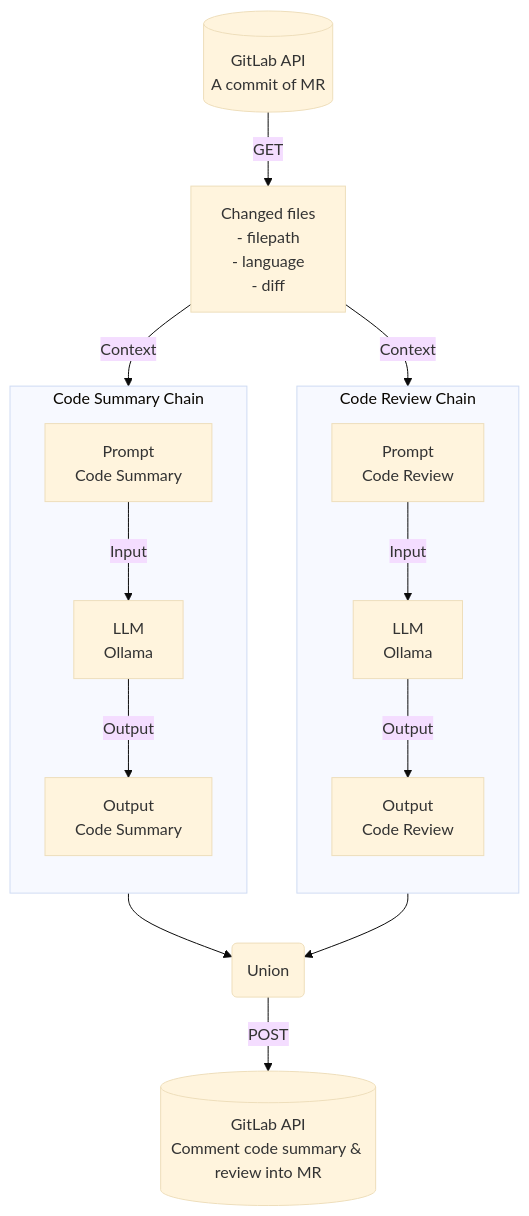
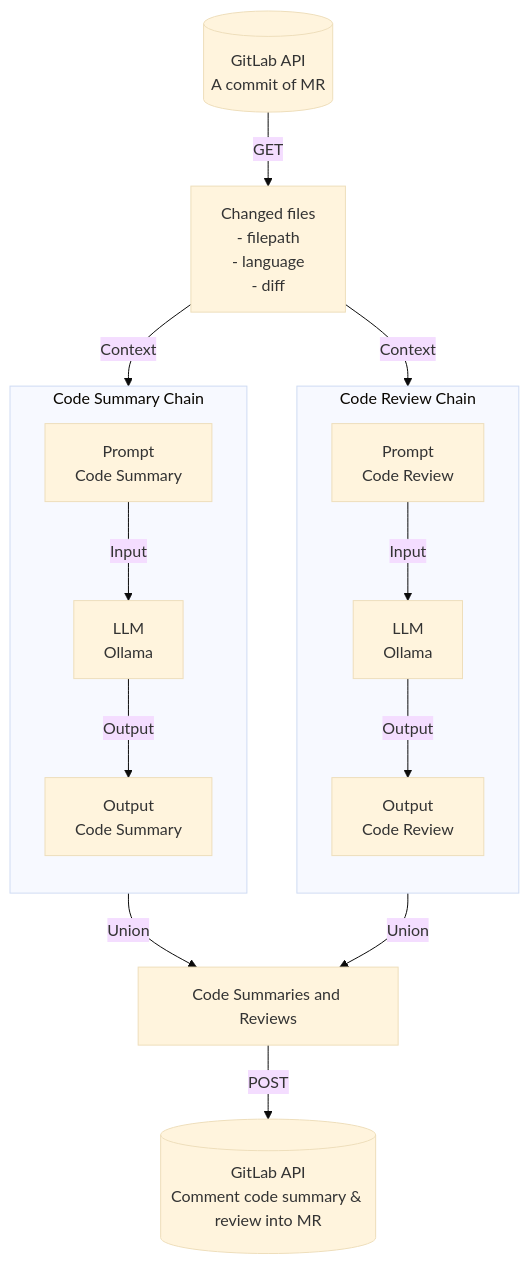
One commit to k5-mot/coderev changed the second of 2 diagrams in README.md. Above: the diagram before and after it, drawn with Mermaid (base theme). The commit also changed other lines of this file and 9 other files, not shown here.

````diff
--- a/README.md
+++ b/README.md
@@ -41,31 +41,31 @@
 ```mermaid
 flowchart TD
     GLS[(GitLab API\nA commit of MR)]
     GL1[Changed files\n- filepath\n- language\n- diff]
     GLE[(GitLab API\nComment code summary & review into MR)]
-    COMMENT(Union)
+    CSR[Code Summaries and Reviews]
 
     GLS-->|GET| GL1
 
     GL1-->|Context| CSC
     GL1-->|Context| CRC
 
-    CSC--> COMMENT
-    CRC--> COMMENT
+    CSC-->|Union| CSR
+    CRC-->|Union| CSR
 
-    COMMENT-->|POST| GLE
+    CSR-->|POST| GLE
 
 subgraph CSC[Code Summary Chain]
     direction TB
     CS3[Prompt\nCode Summary]
     CS3-->|Input| CS4[LLM\nOllama]
     CS4-->|Output| CS5[Output\nCode Summary]
 end
 
 subgraph CRC[Code Review Chain]
     direction TB
     CR3[Prompt\nCode Review]
     CR3-->|Input| CR4[LLM\nOllama]
     CR4-->|Output| CR5[Output\nCode Review]
 end
 ```
````
